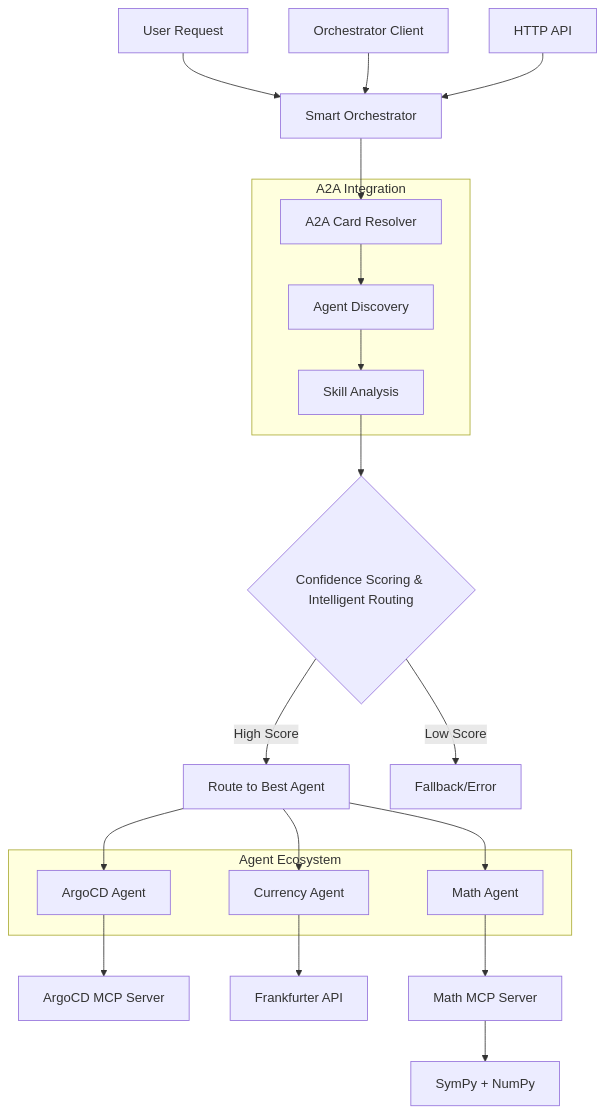
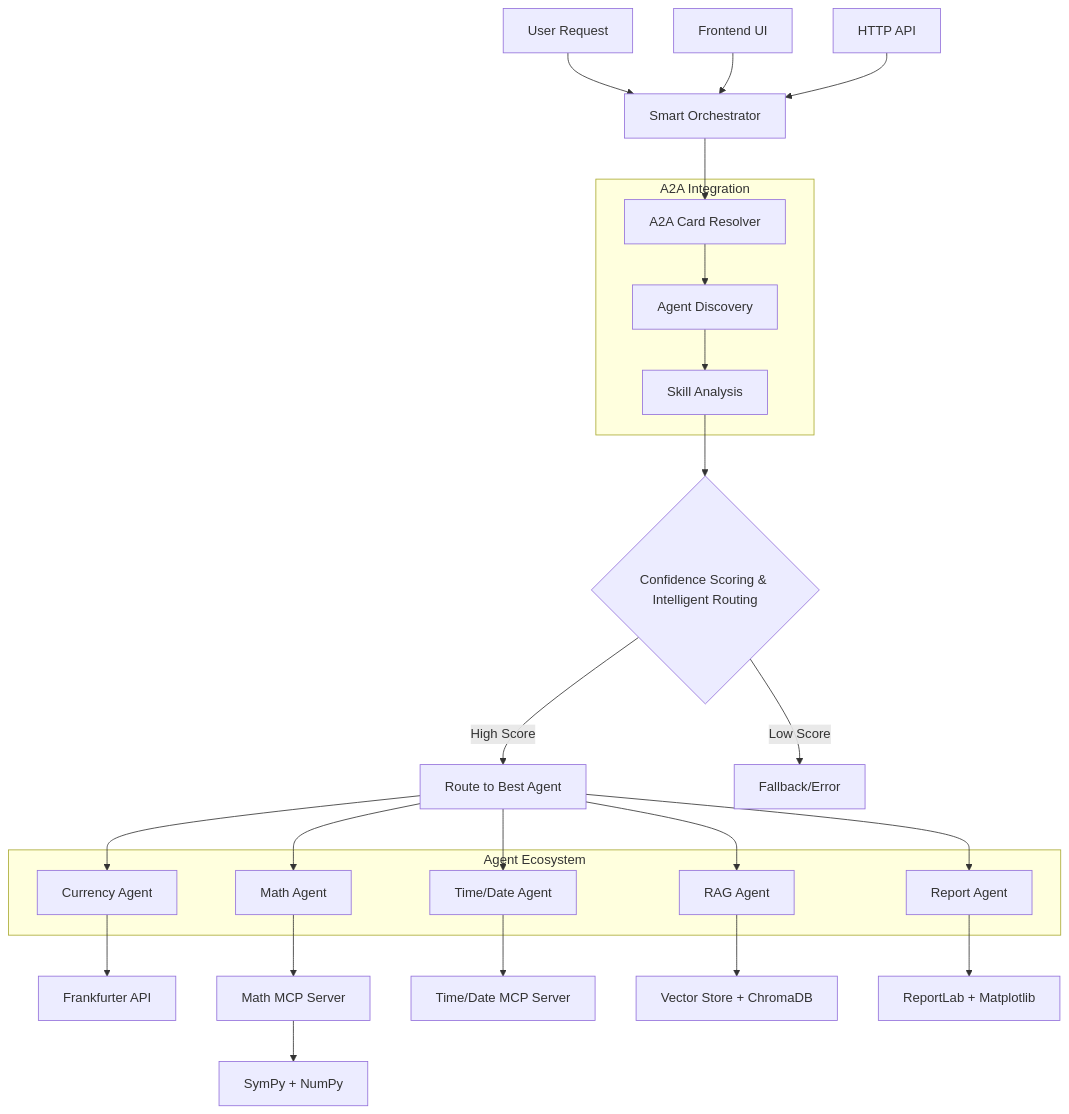
Before and after one commit to nayanika2304/multi-agent-orchestration: the diagram in README.md, drawn with Mermaid. The commit also changed other lines of this file and 2 other files, not shown here.

````diff
--- a/README.md
+++ b/README.md
@@ -35,35 +37,41 @@
 ```mermaid
 graph TD
     A[User Request] --> B[Smart Orchestrator]
     B --> C[A2A Card Resolver]
     C --> D[Agent Discovery]
     D --> E[Skill Analysis]
     E --> F{Confidence Scoring & Intelligent Routing}
     
     F -->|High Score| G[Route to Best Agent]
     F -->|Low Score| H[Fallback/Error]
     
-    G --> I[ArgoCD Agent]
-    G --> J[Currency Agent]  
-    G --> K[Math Agent]
+    G --> I[Currency Agent]
+    G --> J[Math Agent]
+    G --> K[Time/Date Agent]
+    G --> L[RAG Agent]
+    G --> M[Report Agent]
     
-    I --> L[ArgoCD MCP Server]
-    J --> M[Frankfurter API]
-    K --> N[Math MCP Server]
-    N --> O[SymPy + NumPy]
+    I --> N[Frankfurter API]
+    J --> O[Math MCP Server]
+    O --> P[SymPy + NumPy]
+    K --> Q[Time/Date MCP Server]
+    L --> R[Vector Store + ChromaDB]
+    M --> S[ReportLab + Matplotlib]
     
-    P[Orchestrator Client] --> B
-    Q[HTTP API] --> B
+    T[Frontend UI] --> B
+    U[HTTP API] --> B
     
     subgraph "A2A Integration"
         C
         D
         E
     end
     
     subgraph "Agent Ecosystem"
         I
         J
         K
+        L
+        M
     end
 ```
````
